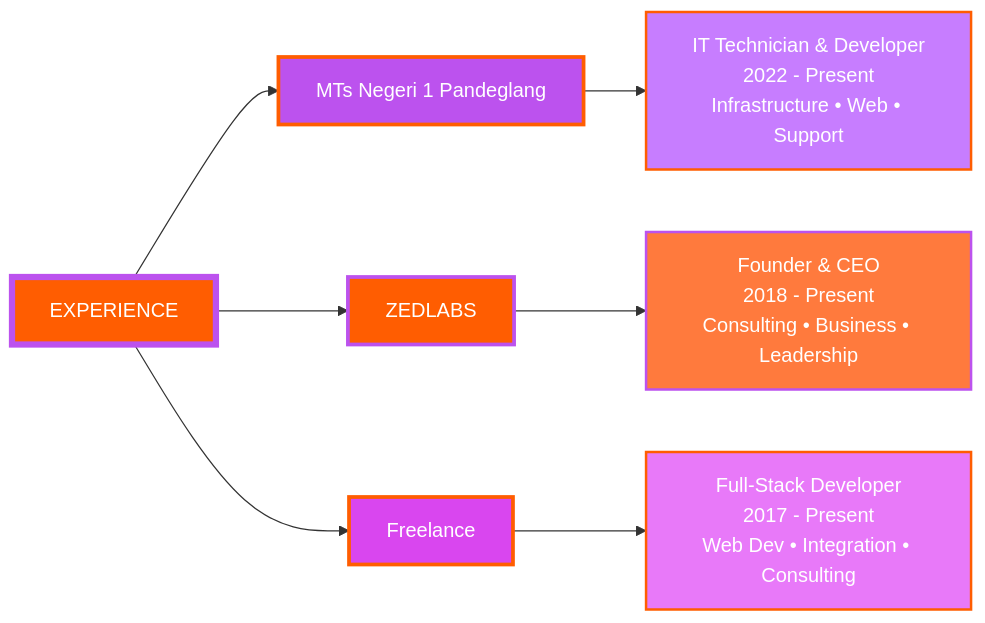
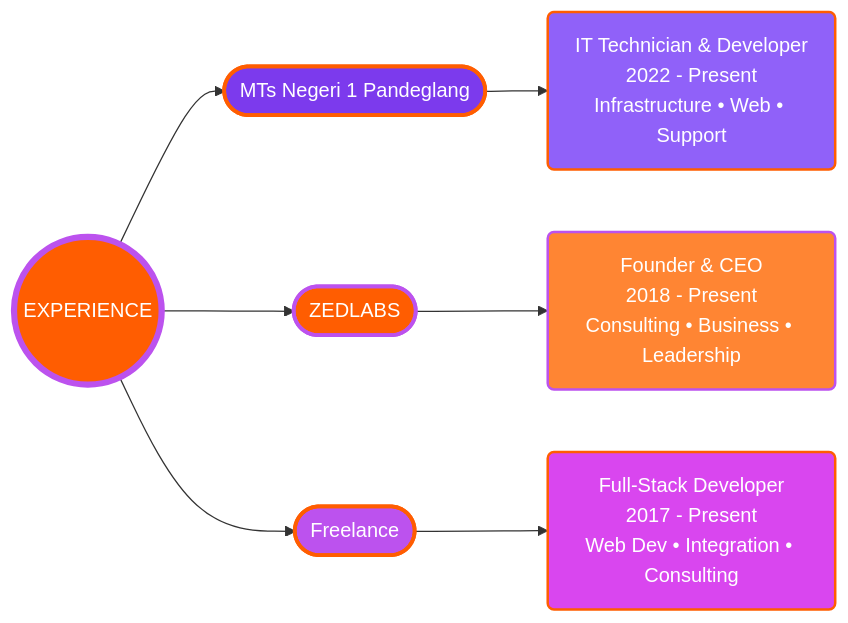
The first of 2 diagrams in README.mdx (zulfikriyahya/zulfikriyahya), drawn with Mermaid before and after one commit.

````diff
--- a/README.mdx
+++ b/README.mdx
@@ -141,29 +141,29 @@
 ```mermaid
 graph LR
-    START["EXPERIENCE"]
+    START(("EXPERIENCE"))
 
-    A["MTs Negeri 1 Pandeglang"]
-    A1["IT Technician & Developer<br/>2022 - Present<br/>Infrastructure • Web • Support"]
+    A(["MTs Negeri 1 Pandeglang"])
+    A1("IT Technician & Developer<br/>2022 - Present<br/>Infrastructure • Web • Support")
 
-    B["ZEDLABS"]
-    B1["Founder & CEO<br/>2018 - Present<br/>Consulting • Business • Leadership"]
+    B(["ZEDLABS"])
+    B1("Founder & CEO<br/>2018 - Present<br/>Consulting • Business • Leadership")
 
-    C["Freelance"]
-    C1["Full-Stack Developer<br/>2017 - Present<br/>Web Dev • Integration • Consulting"]
+    C(["Freelance"])
+    C1("Full-Stack Developer<br/>2017 - Present<br/>Web Dev • Integration • Consulting")
 
     START --> A
     START --> B
     START --> C
 
     A --> A1
     B --> B1
     C --> C1
 
     style START fill:#FF5D01,stroke:#BC52EE,stroke-width:5px,color:#fff
-    style A fill:#BC52EE,stroke:#FF5D01,stroke-width:3px,color:#fff
+    style A fill:#7C3AED,stroke:#FF5D01,stroke-width:3px,color:#fff
     style B fill:#FF5D01,stroke:#BC52EE,stroke-width:3px,color:#fff
-    style C fill:#D946EF,stroke:#FF5D01,stroke-width:3px,color:#fff
-    style A1 fill:#C77DFF,stroke:#FF5D01,stroke-width:2px,color:#fff
-    style B1 fill:#FF7A3D,stroke:#BC52EE,stroke-width:2px,color:#fff
-    style C1 fill:#E879F9,stroke:#FF5D01,stroke-width:2px,color:#fff
+    style C fill:#BC52EE,stroke:#FF5D01,stroke-width:3px,color:#fff
+    style A1 fill:#9061F9,stroke:#FF5D01,stroke-width:2px,color:#fff
+    style B1 fill:#FF8533,stroke:#BC52EE,stroke-width:2px,color:#fff
+    style C1 fill:#D946EF,stroke:#FF5D01,stroke-width:2px,color:#fff
 ```
````
